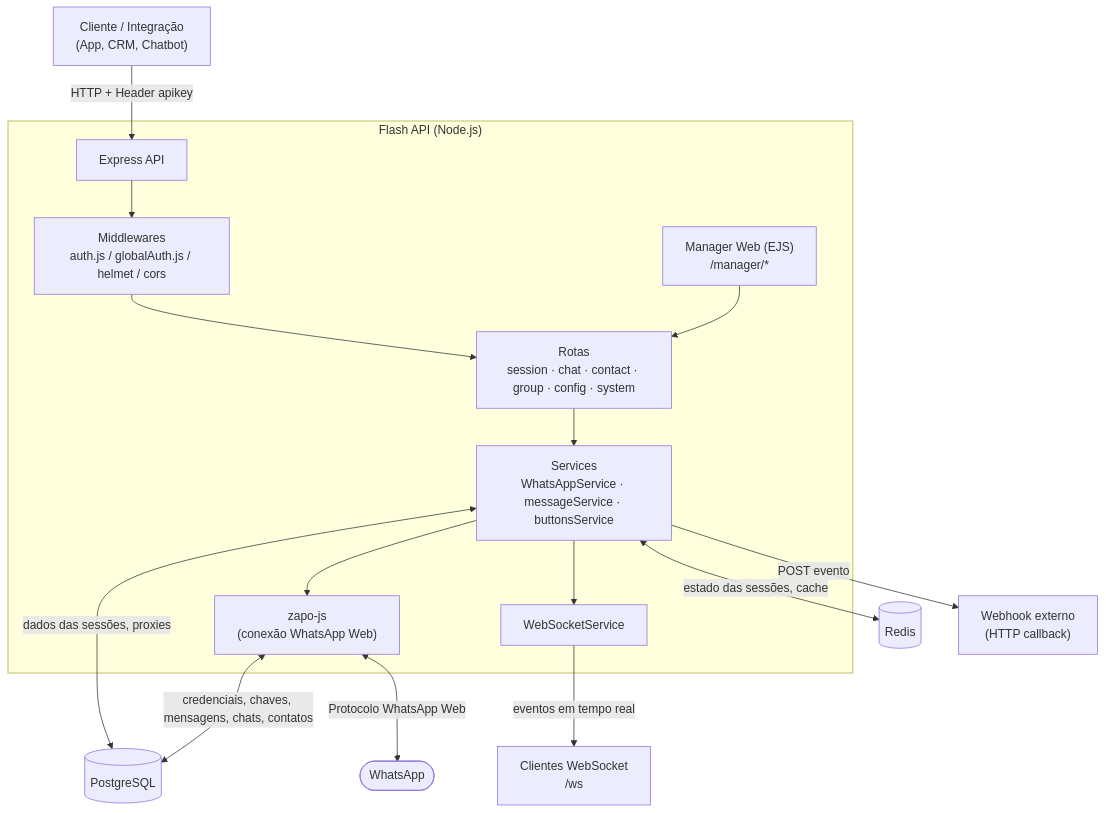
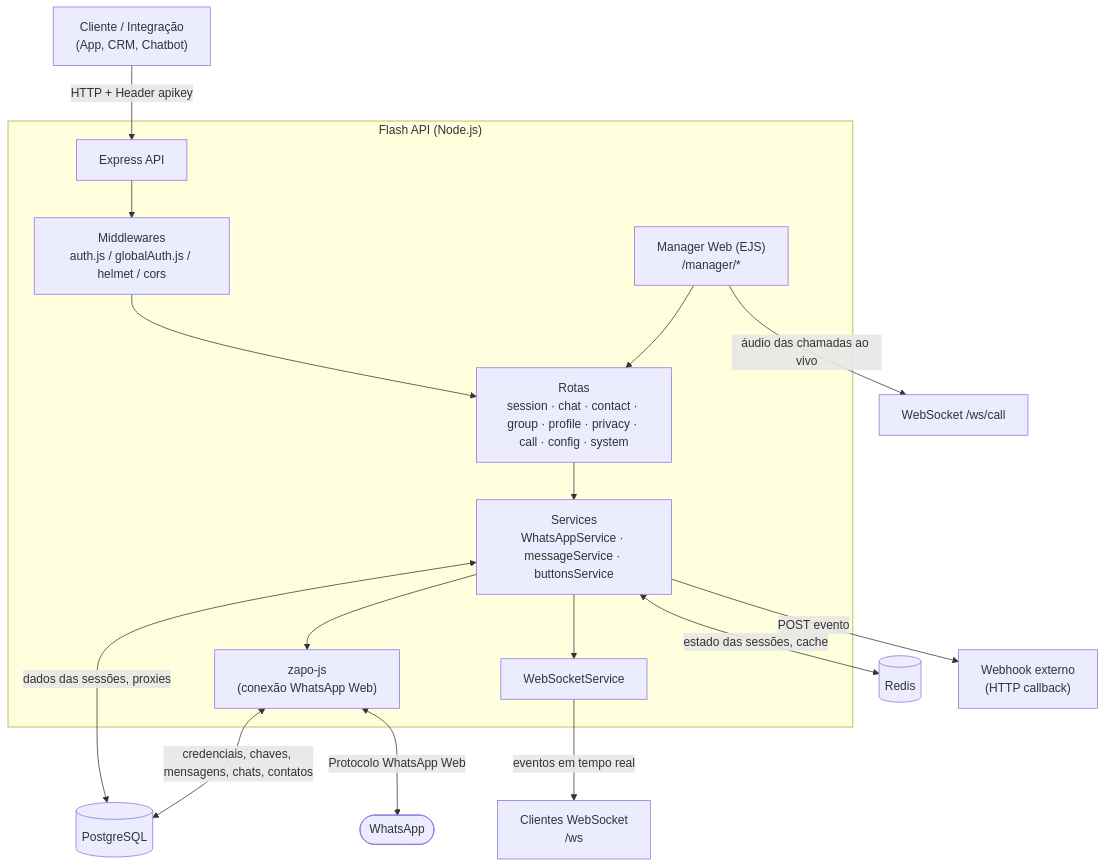
One commit to clsshbr2/FlashApi changed the first of 2 diagrams in README.md. Above: the diagram before and after it, drawn with Mermaid. The commit also changed other lines of this file, not shown here.

````diff
--- a/README.md
+++ b/README.md
@@ -105,21 +131,22 @@
 ```mermaid
 flowchart TB
     Client["Cliente / Integração<br/>(App, CRM, Chatbot)"] -->|HTTP + Header apikey| API[Express API]
 
     subgraph FlashAPI["Flash API (Node.js)"]
         API --> MW["Middlewares<br/>auth.js / globalAuth.js / helmet / cors"]
-        MW --> Routes["Rotas<br/>session · chat · contact · group · config · system"]
+        MW --> Routes["Rotas<br/>session · chat · contact · group · profile · privacy · call · config · system"]
         Routes --> Services["Services<br/>WhatsAppService · messageService · buttonsService"]
         Services --> Zapo["zapo-js<br/>(conexão WhatsApp Web)"]
         Services --> WSService["WebSocketService"]
         Manager["Manager Web (EJS)<br/>/manager/*"] --> Routes
     end
 
     Services <-->|estado das sessões, cache| Redis[(Redis)]
     Services <-->|dados das sessões, proxies| Postgres[(PostgreSQL)]
     Zapo <-->|credenciais, chaves, mensagens, chats, contatos| Postgres
 
     WSService -->|eventos em tempo real| WSClients["Clientes WebSocket<br/>/ws"]
+    Manager -->|áudio das chamadas ao vivo| WSCall["WebSocket /ws/call"]
     Services -->|POST evento| Webhook["Webhook externo<br/>(HTTP callback)"]
     Zapo <-->|Protocolo WhatsApp Web| WhatsApp(["WhatsApp"])
 ```
````
